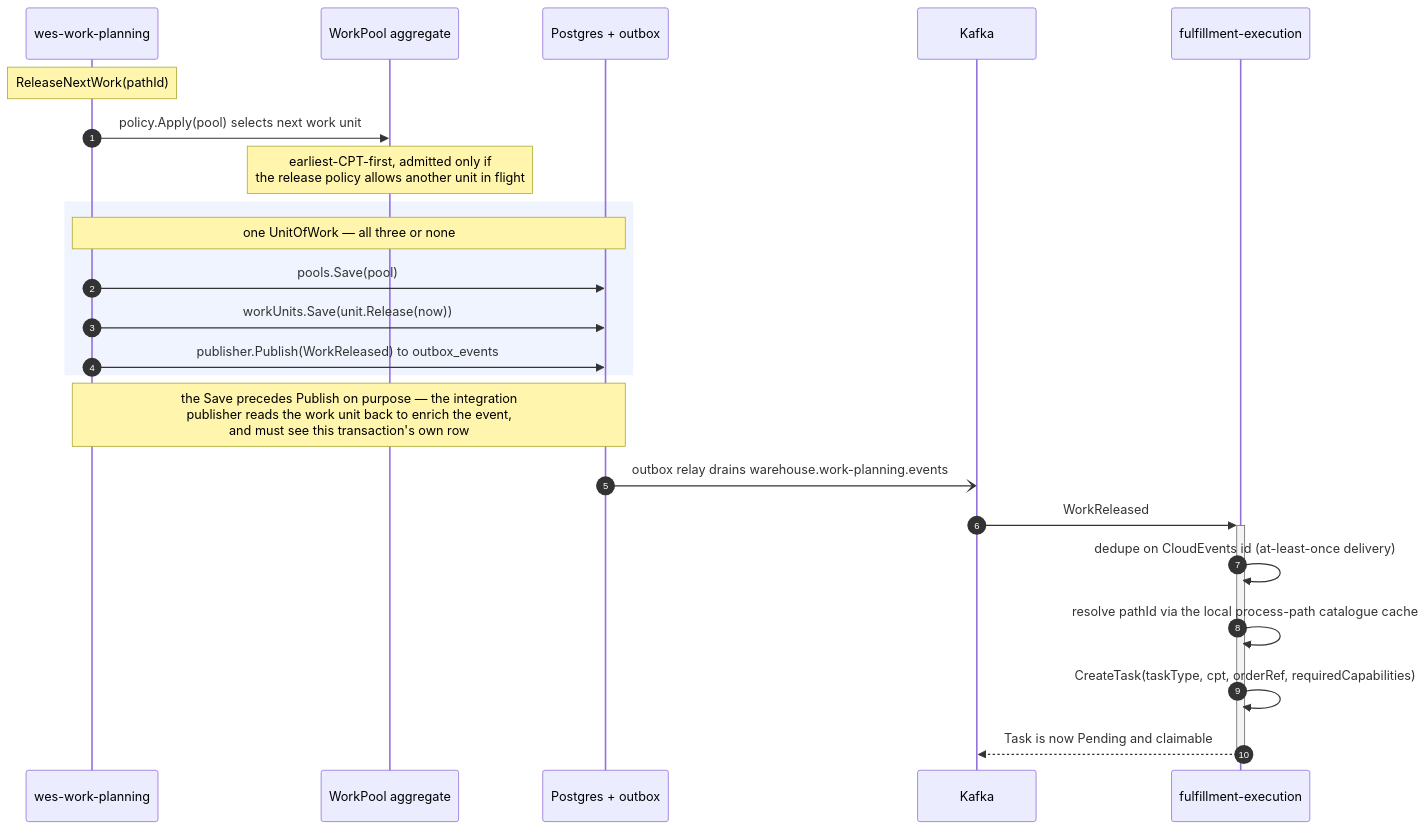
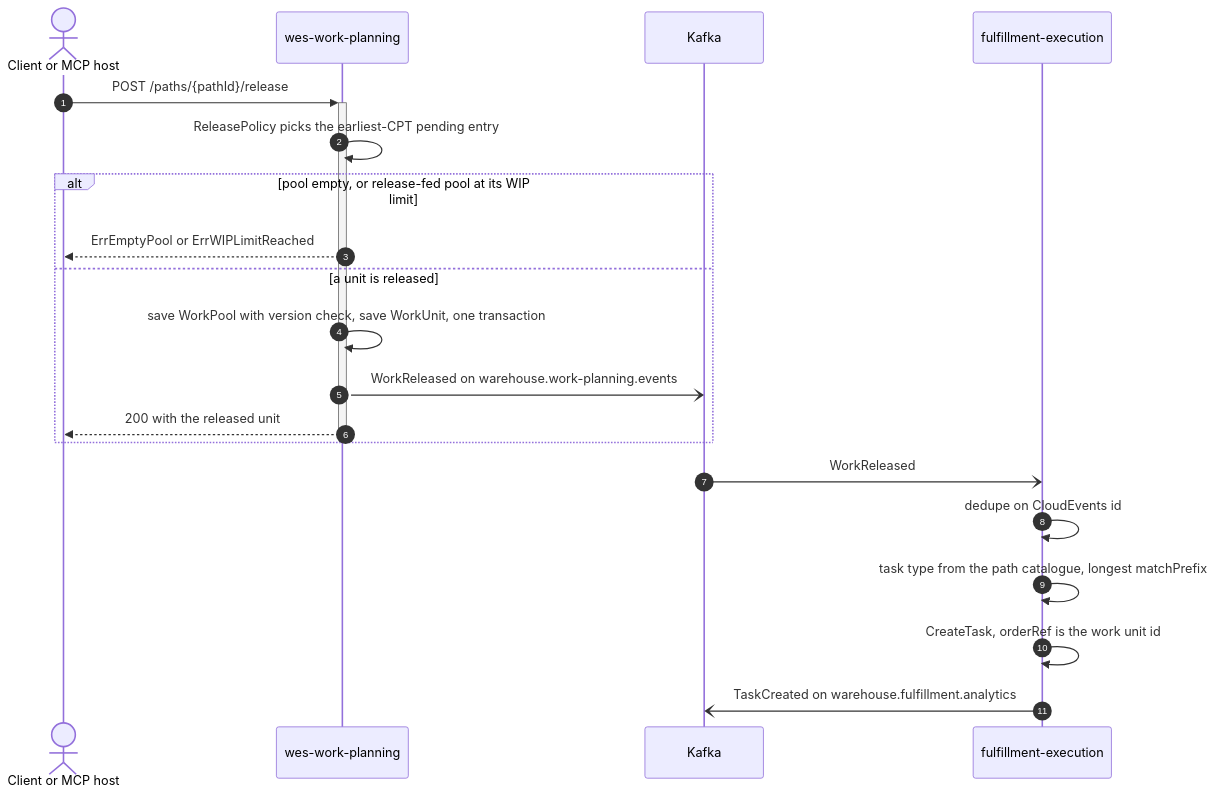
One commit to IQVO/warehouse-docs changed the second of 9 diagrams in docs/architecture/runtime-flows.md. Above: the diagram before and after it, drawn with Mermaid. The commit also changed other lines of this file and 717 other files, not shown here.

````diff
--- a/docs/architecture/runtime-flows.md
+++ b/docs/architecture/runtime-flows.md
@@ -81,29 +122,24 @@
 ```mermaid
 sequenceDiagram
     autonumber
+    actor Caller as Client or MCP host
     participant WP as wes-work-planning
-    participant Pool as WorkPool aggregate
-    participant DB as Postgres + outbox
     participant K as Kafka
     participant FE as fulfillment-execution
 
-    Note over WP: ReleaseNextWork(pathId)
-    WP->>Pool: policy.Apply(pool) selects next work unit
-    Note over Pool: earliest-CPT-first, admitted only if<br/>the release policy allows another unit in flight
+    Caller->>+WP: POST /paths/{pathId}/release
+    WP->>WP: ReleasePolicy picks the earliest-CPT pending entry
+    alt pool empty, or release-fed pool at its WIP limit
+        WP-->>Caller: ErrEmptyPool or ErrWIPLimitReached
+    else a unit is released
+        WP->>WP: save WorkPool with version check, save WorkUnit, one transaction
+        WP-)K: WorkReleased on warehouse.work-planning.events
+        WP-->>-Caller: 200 with the released unit
+    end
 
-    rect rgb(240, 244, 255)
-        Note over WP,DB: one UnitOfWork — all three or none
-        WP->>DB: pools.Save(pool)
-        WP->>DB: workUnits.Save(unit.Release(now))
-        WP->>DB: publisher.Publish(WorkReleased) to outbox_events
-    end
-    Note over WP,DB: the Save precedes Publish on purpose — the integration<br/>publisher reads the work unit back to enrich the event,<br/>and must see this transaction's own row
-
-    DB-)K: outbox relay drains warehouse.work-planning.events
-
-    K->>+FE: WorkReleased
-    FE->>FE: dedupe on CloudEvents id (at-least-once delivery)
-    FE->>FE: resolve pathId via the local process-path catalogue cache
-    FE->>FE: CreateTask(taskType, cpt, orderRef, requiredCapabilities)
-    FE-->>-K: Task is now Pending and claimable
+    K-)FE: WorkReleased
+    FE->>FE: dedupe on CloudEvents id
+    FE->>FE: task type from the path catalogue, longest matchPrefix
+    FE->>FE: CreateTask, orderRef is the work unit id
+    FE-)K: TaskCreated on warehouse.fulfillment.analytics
 ```
````
